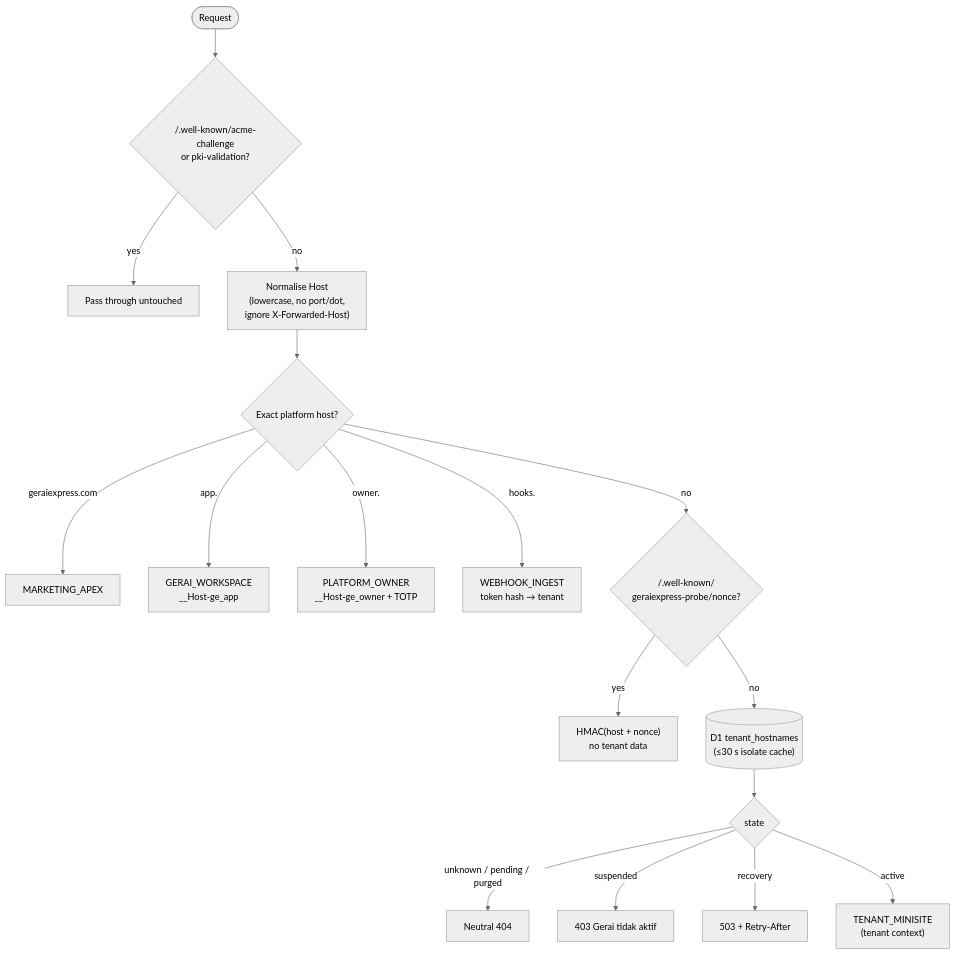
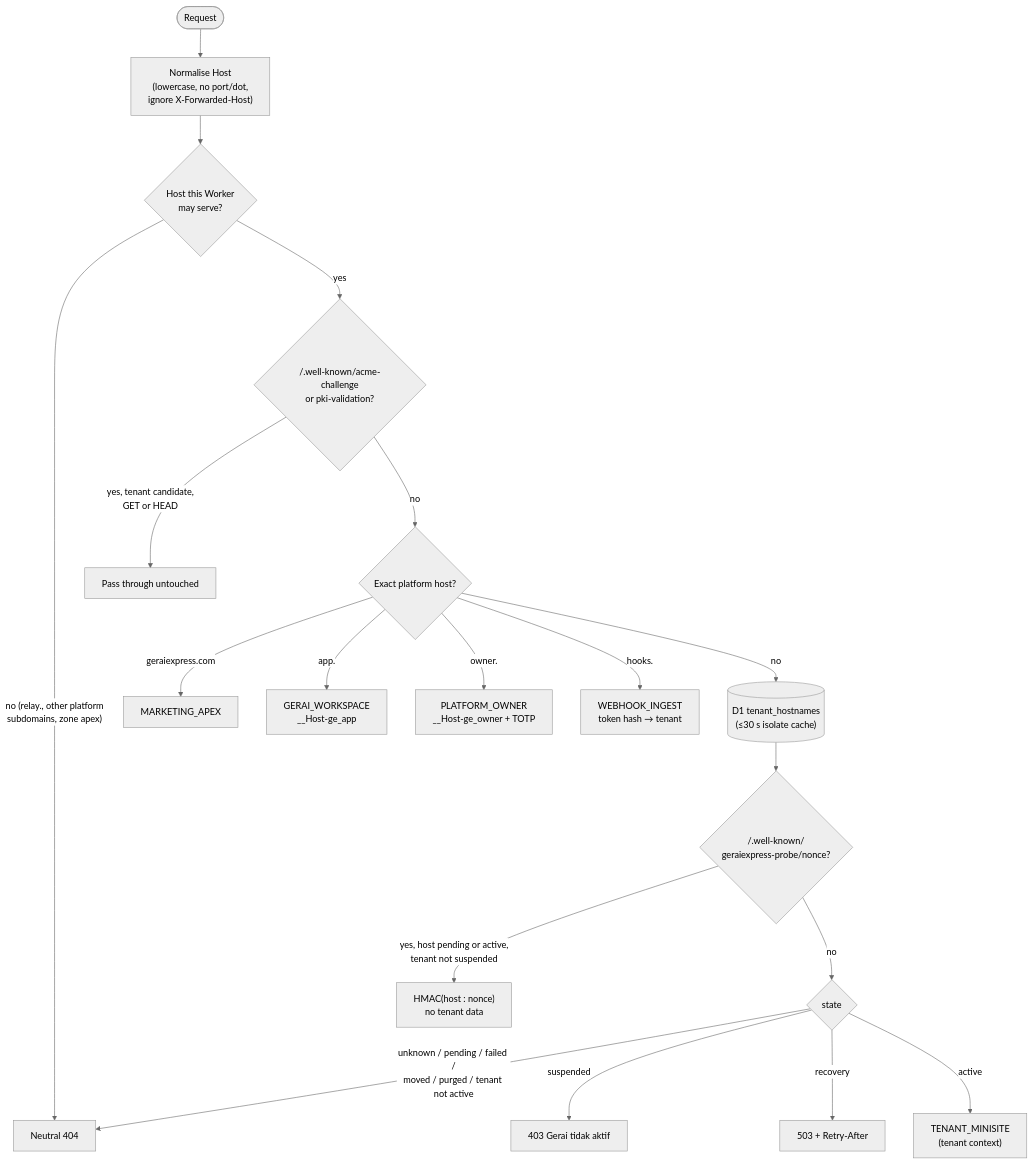
The third of 14 diagrams in docs/DIAGRAMS.md (ongkipro/geraiexpress-cfv2), drawn with Mermaid (neutral theme) before and after one commit. The commit also changed other lines of this file and 45 other files, not shown here.

````diff
--- a/docs/DIAGRAMS.md
+++ b/docs/DIAGRAMS.md
@@ -103,19 +103,21 @@
 ```mermaid
 flowchart TD
-    req([Request]) --> dcv{"/.well-known/acme-challenge<br/>or pki-validation?"}
-    dcv -- yes --> pass[Pass through untouched]
-    dcv -- no --> norm["Normalise Host<br/>(lowercase, no port/dot,<br/>ignore X-Forwarded-Host)"]
-    norm --> plat{"Exact platform host?"}
+    req([Request]) --> norm["Normalise Host<br/>(lowercase, no port/dot,<br/>ignore X-Forwarded-Host)"]
+    norm --> shape{"Host this Worker<br/>may serve?"}
+    shape -- "no (relay., other platform<br/>subdomains, zone apex)" --> n404
+    shape -- yes --> dcv{"/.well-known/acme-challenge<br/>or pki-validation?"}
+    dcv -- "yes, tenant candidate,<br/>GET or HEAD" --> pass[Pass through untouched]
+    dcv -- no --> plat{"Exact platform host?"}
     plat -- "geraiexpress.com" --> brandctx[MARKETING_APEX]
     plat -- "app." --> appctx["GERAI_WORKSPACE<br/>__Host-ge_app"]
     plat -- "owner." --> ownctx["PLATFORM_OWNER<br/>__Host-ge_owner + TOTP"]
     plat -- "hooks." --> hookctx["WEBHOOK_INGEST<br/>token hash → tenant"]
-    plat -- no --> probe{"/.well-known/<br/>geraiexpress-probe/nonce?"}
-    probe -- yes --> hmac["HMAC(host + nonce)<br/>no tenant data"]
-    probe -- no --> lookup[("D1 tenant_hostnames<br/>(≤30 s isolate cache)")]
-    lookup --> st{state}
-    st -- "unknown / pending / purged" --> n404[Neutral 404]
+    plat -- no --> lookup[("D1 tenant_hostnames<br/>(≤30 s isolate cache)")]
+    lookup --> probe{"/.well-known/<br/>geraiexpress-probe/nonce?"}
+    probe -- "yes, host pending or active,<br/>tenant not suspended" --> hmac["HMAC(host : nonce)<br/>no tenant data"]
+    probe -- no --> st{state}
+    st -- "unknown / pending / failed /<br/>moved / purged / tenant not active" --> n404[Neutral 404]
     st -- suspended --> n403["403 Gerai tidak aktif"]
     st -- recovery --> n503["503 + Retry-After"]
     st -- active --> tenant["TENANT_MINISITE<br/>(tenant context)"]
 ```
````
